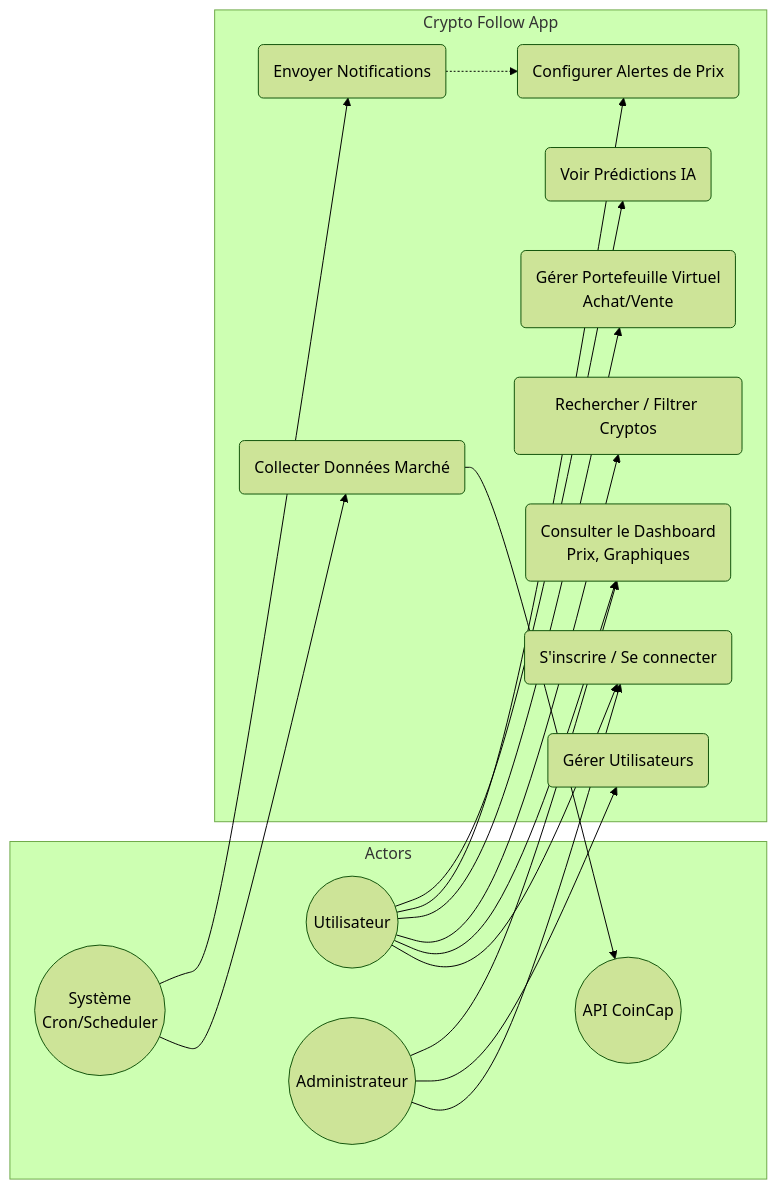
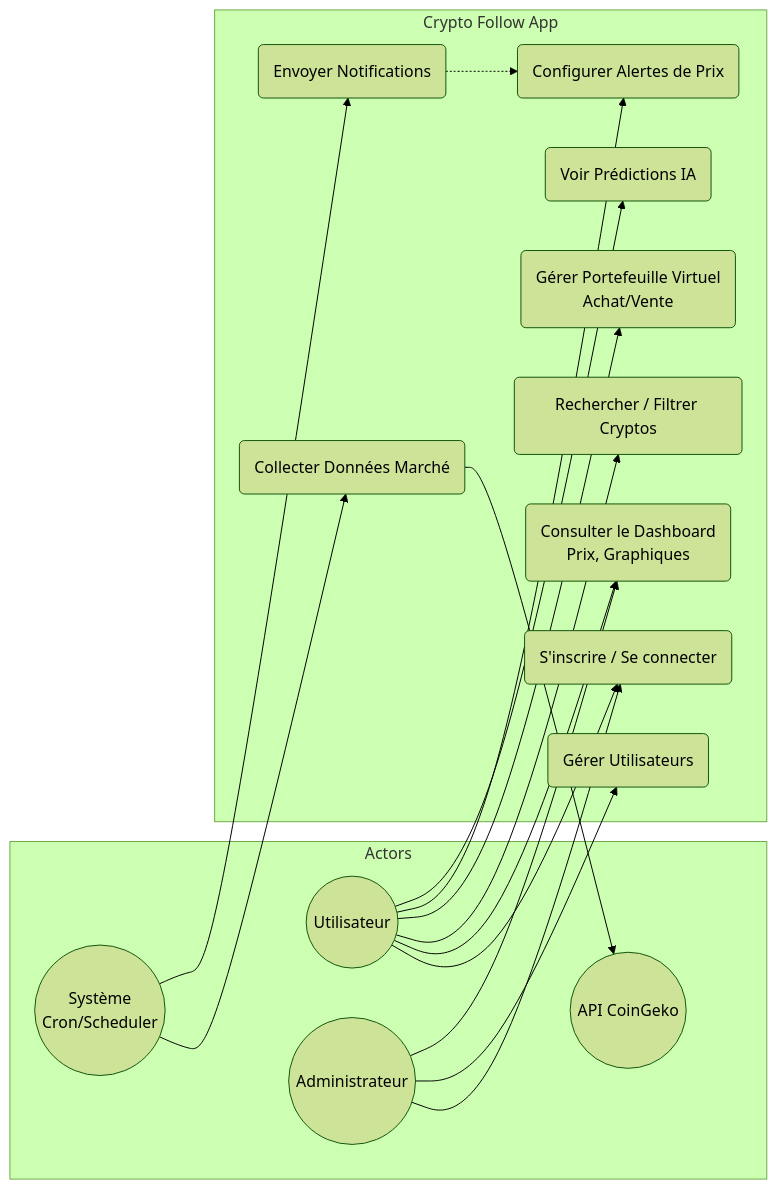
One commit to t-chahbi/crypto-follow changed the first of 6 diagrams in diagrammes_mermaid.md. Above: the diagram before and after it, drawn with Mermaid (forest theme). The commit also changed other lines of this file, not shown here.

Commit message:
replace coincap by coingeko on uml diagramm

````diff
--- a/diagrammes_mermaid.md
+++ b/diagrammes_mermaid.md
@@ -4,38 +4,38 @@
 ```mermaid
 graph LR
     subgraph Actors
         User((Utilisateur))
         Admin((Administrateur))
         System((Système\nCron/Scheduler))
-        CoinCap((API CoinCap))
+        CoinGeko((API CoinGeko))
     end
 
     subgraph "Crypto Follow App"
         UC1(S'inscrire / Se connecter)
         UC2(Consulter le Dashboard\nPrix, Graphiques)
         UC3(Rechercher / Filtrer Cryptos)
         UC4(Gérer Portefeuille Virtuel\nAchat/Vente)
         UC5(Configurer Alertes de Prix)
         UC6(Voir Prédictions IA)
         UC7(Gérer Utilisateurs)
         UC8(Collecter Données Marché)
         UC9(Envoyer Notifications)
     end
 
     User --> UC1
     User --> UC2
     User --> UC3
     User --> UC4
     User --> UC5
     User --> UC6
 
     Admin --> UC1
     Admin --> UC7
     Admin --> UC2
 
     System --> UC8
     System --> UC9
 
-    UC8 --> CoinCap
+    UC8 --> CoinGeko
     UC9 -.-> UC5
 ```
````
